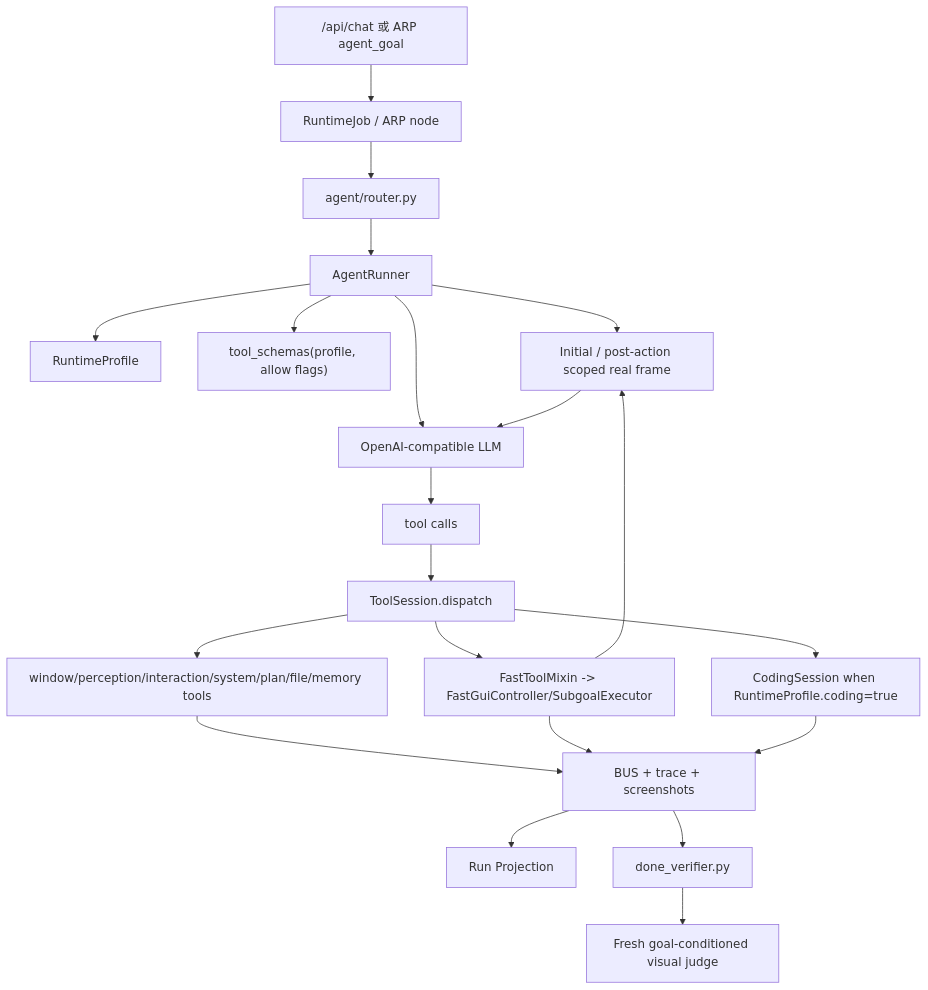
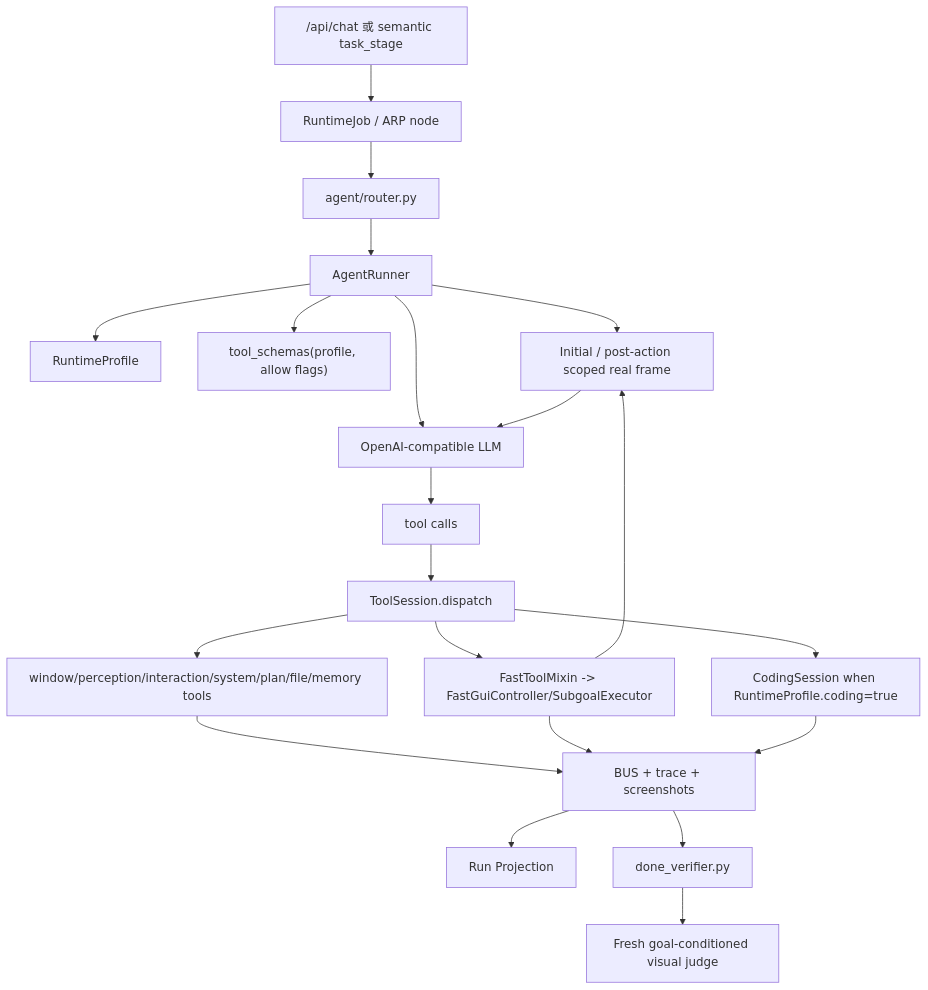
The second of 2 diagrams in docs/architecture.md (zoujiapeng/lingdong-script), drawn with Mermaid before and after one commit. The commit also changed other lines of this file and 52 other files, not shown here.

Commit message:
Implement task contract runtime and real GUI E2E

````diff
--- a/docs/architecture.md
+++ b/docs/architecture.md
@@ -74,23 +84,23 @@
 ```mermaid
 flowchart TD
-  Chat["/api/chat 或 ARP agent_goal"] --> Job["RuntimeJob / ARP node"]
+  Chat["/api/chat 或 semantic task_stage"] --> Job["RuntimeJob / ARP node"]
   Job --> Router["agent/router.py"]
   Router --> Runner["AgentRunner"]
   Runner --> Profile["RuntimeProfile"]
   Runner --> Schema["tool_schemas(profile, allow flags)"]
   Runner --> Frame["Initial / post-action scoped real frame"]
   Runner --> LLM["OpenAI-compatible LLM"]
   Frame --> LLM
   LLM --> Calls["tool calls"]
   Calls --> Dispatch["ToolSession.dispatch"]
   Dispatch --> Mixins["window/perception/interaction/system/plan/file/memory tools"]
   Dispatch --> Fast["FastToolMixin -> FastGuiController/SubgoalExecutor"]
   Dispatch --> Coding["CodingSession when RuntimeProfile.coding=true"]
   Mixins --> Trace["BUS + trace + screenshots"]
   Fast --> Trace
   Fast --> Frame
   Coding --> Trace
   Trace --> Projection["Run Projection"]
   Trace --> Done["done_verifier.py"]
   Done --> Judge["Fresh goal-conditioned visual judge"]
 ```
````
